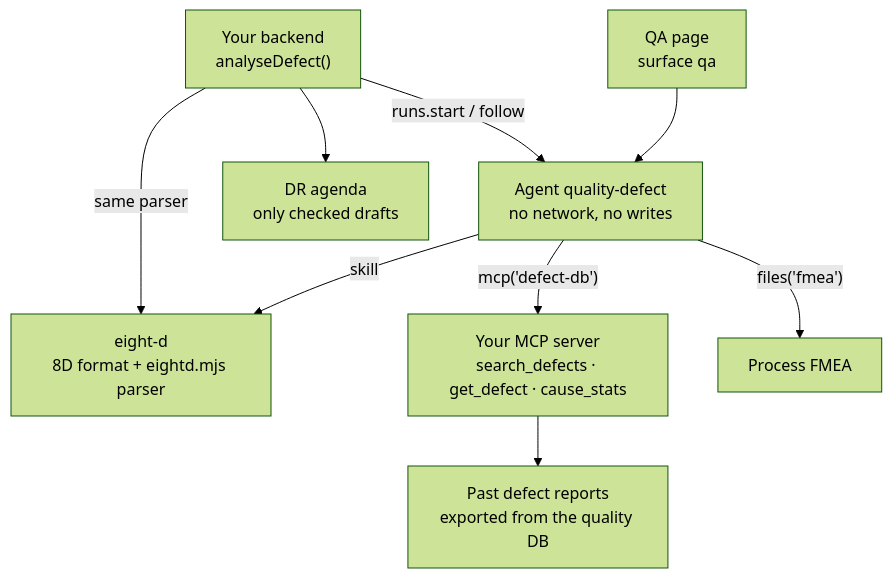
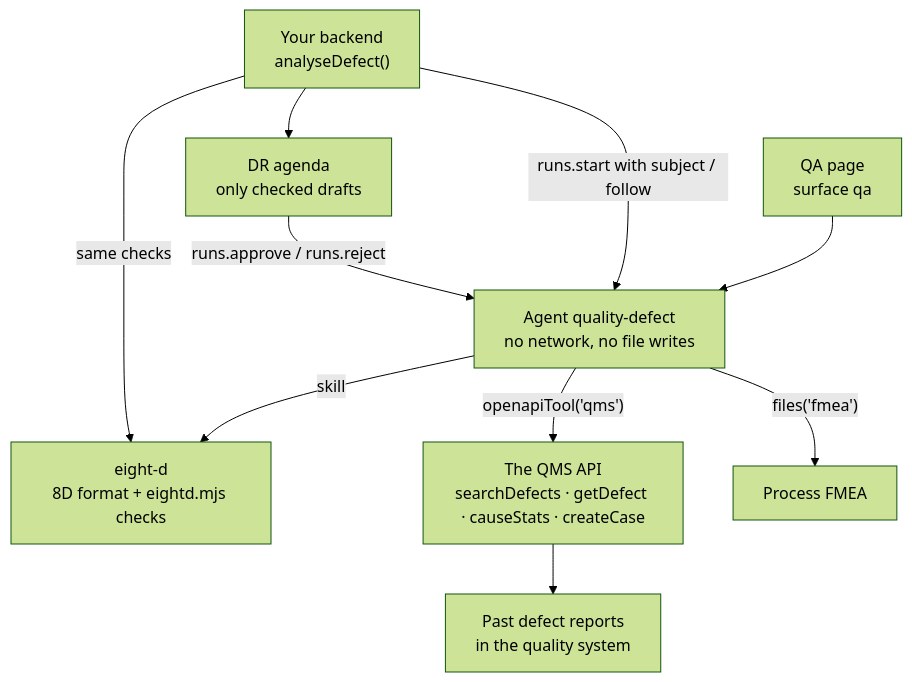
The second of 2 diagrams in docs/sdk/site/tutorials/quality-defect.mdx (indxjp/agent-workspace), drawn with Mermaid (forest theme) before and after one commit. The commit also changed other lines of this file and 2629 other files, not shown here.

````diff
--- a/docs/sdk/site/tutorials/quality-defect.mdx
+++ b/docs/sdk/site/tutorials/quality-defect.mdx
@@ -53,11 +60,12 @@
 ```mermaid
 flowchart TD
-  Q["QA page<br/>surface qa"] --> A["Agent quality-defect<br/>no network, no writes"]
-  B["Your backend<br/>analyseDefect()"] -- "runs.start / follow" --> A
-  A -- "skill" --> S["eight-d<br/>8D format + eightd.mjs parser"]
-  A -- "mcp('defect-db')" --> M["Your MCP server<br/>search_defects · get_defect · cause_stats"]
+  Q["QA page<br/>surface qa"] --> A["Agent quality-defect<br/>no network, no file writes"]
+  B["Your backend<br/>analyseDefect()"] -- "runs.start with subject / follow" --> A
+  A -- "skill" --> S["eight-d<br/>8D format + eightd.mjs checks"]
+  A -- "openapiTool('qms')" --> M["The QMS API<br/>searchDefects · getDefect · causeStats · createCase"]
   A -- "files('fmea')" --> F["Process FMEA"]
-  M --> D["Past defect reports<br/>exported from the quality DB"]
-  B -- "same parser" --> S
+  M --> D["Past defect reports<br/>in the quality system"]
+  B -- "same checks" --> S
   B --> R["DR agenda<br/>only checked drafts"]
+  R -- "runs.approve / runs.reject" --> A
 ```
````
